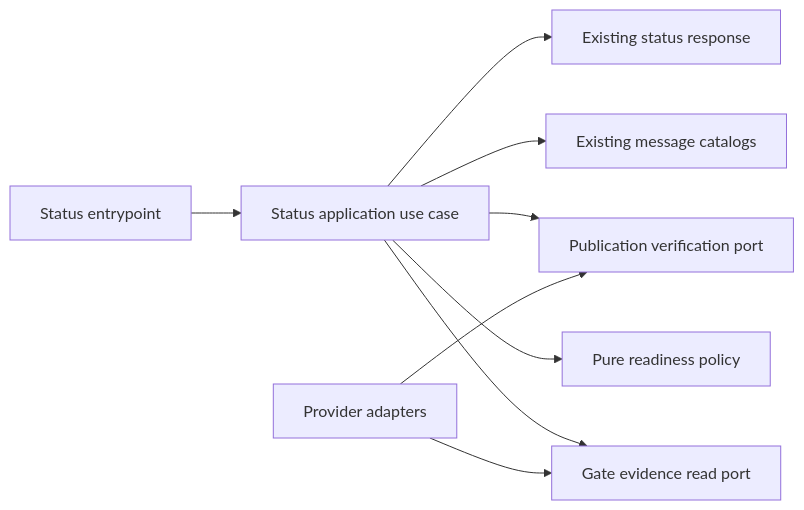
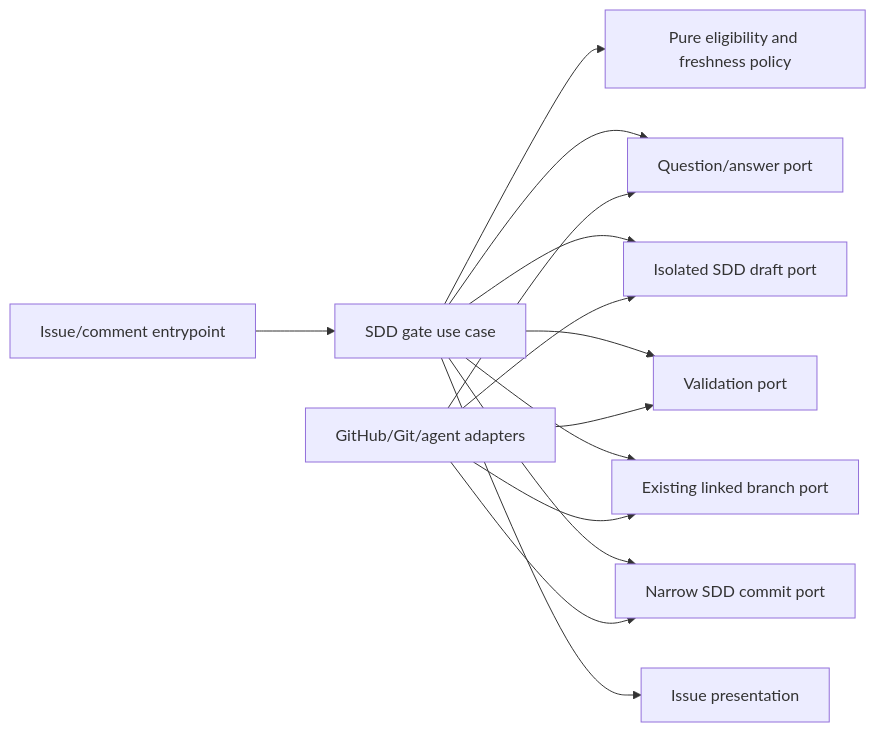
The second of 2 diagrams in specs/pre-branch-sdd-gate.md (vypdev/copilot), drawn with Mermaid before and after one commit. The commit also changed other lines of this file and 3 other files, not shown here.

Commit message:
docs(sdd): preserve gate contract and review issue 454 proposal

````diff
--- a/specs/pre-branch-sdd-gate.md
+++ b/specs/pre-branch-sdd-gate.md
@@ -167,11 +311,16 @@
 ```mermaid
 flowchart LR
-    E[Status entrypoint] --> A[Status application use case]
-    A --> P[Pure readiness policy]
-    A --> R[Gate evidence read port]
-    A --> V[Publication verification port]
-    A --> C[Existing message catalogs]
-    X[Provider adapters] --> R
-    X --> V
-    A --> O[Existing status response]
+    E[Issue/comment entrypoint] --> A[SDD gate use case]
+    A --> P[Pure eligibility and freshness policy]
+    A --> Q[Question/answer port]
+    A --> W[Isolated SDD draft port]
+    A --> V[Validation port]
+    A --> B[Existing linked branch port]
+    A --> C[Narrow SDD commit port]
+    A --> U[Issue presentation]
+    G[GitHub/Git/agent adapters] --> Q
+    G --> W
+    G --> V
+    G --> B
+    G --> C
 ```
````
